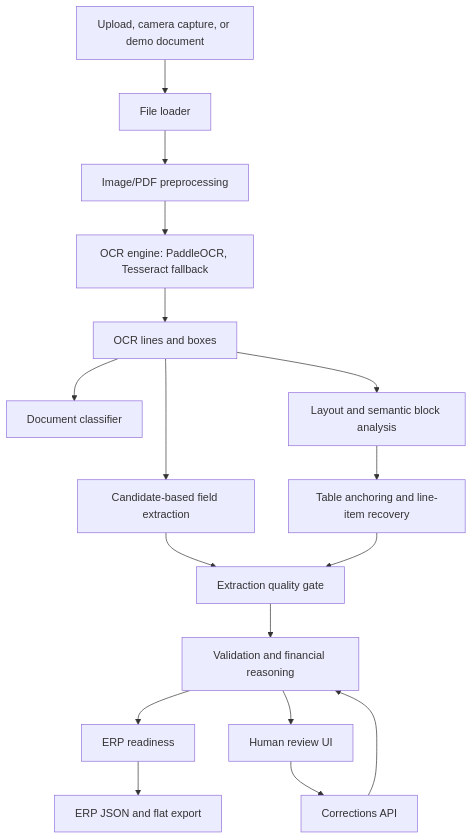
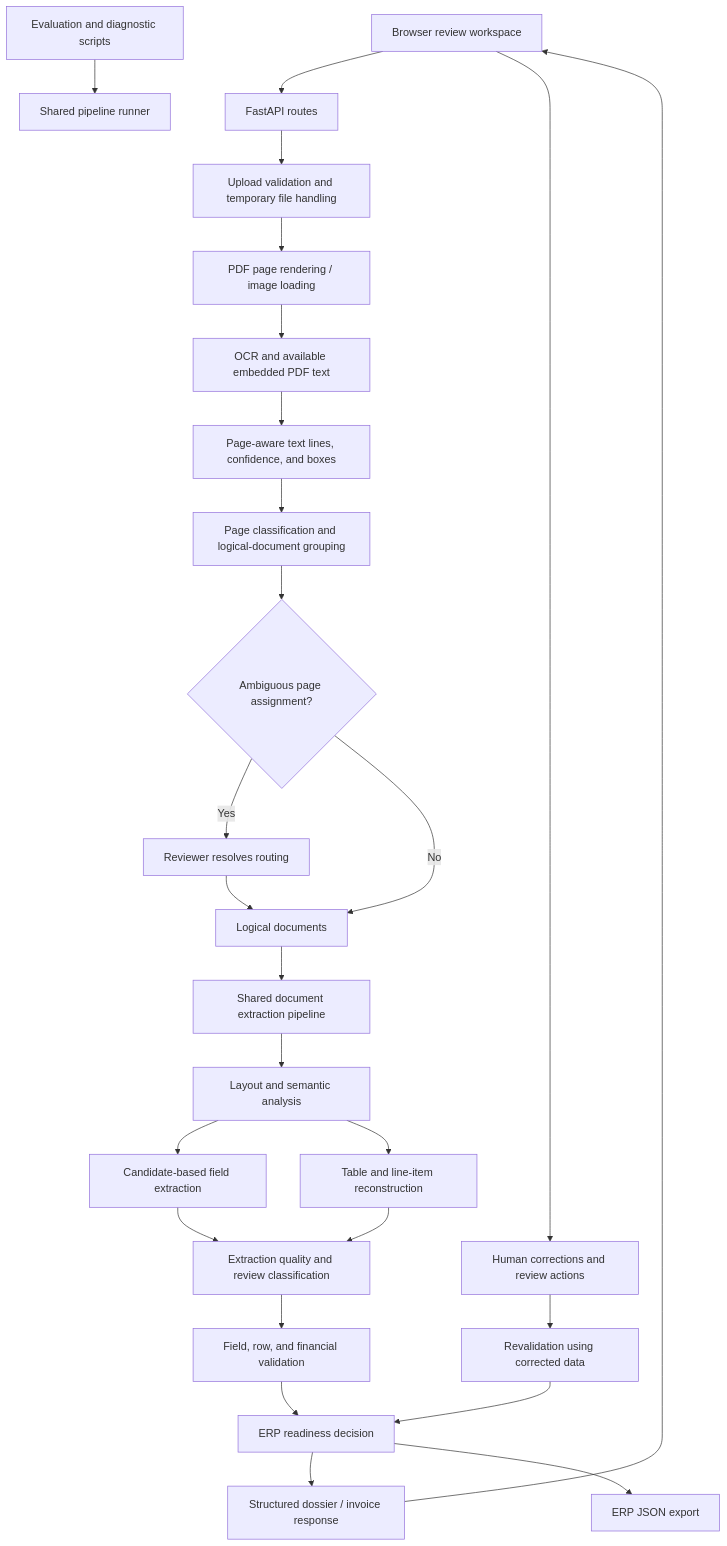
The diagram in docs/architecture_overview.md (aymendhieb02/Smart-OCR-to-ERP-Platform), drawn with Mermaid before and after one commit. The commit also changed other lines of this file and 7 other files, not shown here.

Commit message:
docs: refresh project presentation and architecture

````diff
--- a/docs/architecture_overview.md
+++ b/docs/architecture_overview.md
@@ -5,19 +5,28 @@
 ```mermaid
 flowchart TD
-    A["Upload, camera capture, or demo document"] --> B["File loader"]
-    B --> C["Image/PDF preprocessing"]
-    C --> D["OCR engine: PaddleOCR, Tesseract fallback"]
-    D --> E["OCR lines and boxes"]
-    E --> F["Document classifier"]
-    E --> G["Layout and semantic block analysis"]
-    E --> H["Candidate-based field extraction"]
-    G --> I["Table anchoring and line-item recovery"]
-    H --> J["Extraction quality gate"]
-    I --> J
-    J --> K["Validation and financial reasoning"]
-    K --> L["ERP readiness"]
-    L --> M["ERP JSON and flat export"]
-    K --> N["Human review UI"]
-    N --> O["Corrections API"]
-    O --> K
+    UI[Browser review workspace] --> API[FastAPI routes]
+    CLI[Evaluation and diagnostic scripts] --> RUNNER[Shared pipeline runner]
+    API --> LOAD[Upload validation and temporary file handling]
+    LOAD --> PAGES[PDF page rendering / image loading]
+    PAGES --> OCR[OCR and available embedded PDF text]
+    OCR --> EVIDENCE[Page-aware text lines, confidence, and boxes]
+    EVIDENCE --> ROUTE[Page classification and logical-document grouping]
+    ROUTE --> REVIEWROUTE{Ambiguous page assignment?}
+    REVIEWROUTE -->|Yes| ROUTING[Reviewer resolves routing]
+    ROUTING --> GROUP[Logical documents]
+    REVIEWROUTE -->|No| GROUP
+    GROUP --> PIPE[Shared document extraction pipeline]
+    PIPE --> LAYOUT[Layout and semantic analysis]
+    LAYOUT --> FIELDS[Candidate-based field extraction]
+    LAYOUT --> TABLES[Table and line-item reconstruction]
+    FIELDS --> QUALITY[Extraction quality and review classification]
+    TABLES --> QUALITY
+    QUALITY --> VALIDATE[Field, row, and financial validation]
+    VALIDATE --> READY[ERP readiness decision]
+    READY --> RESPONSE[Structured dossier / invoice response]
+    RESPONSE --> UI
+    UI --> CORRECTIONS[Human corrections and review actions]
+    CORRECTIONS --> REVALIDATE[Revalidation using corrected data]
+    REVALIDATE --> READY
+    READY --> EXPORT[ERP JSON export]
 ```
````
